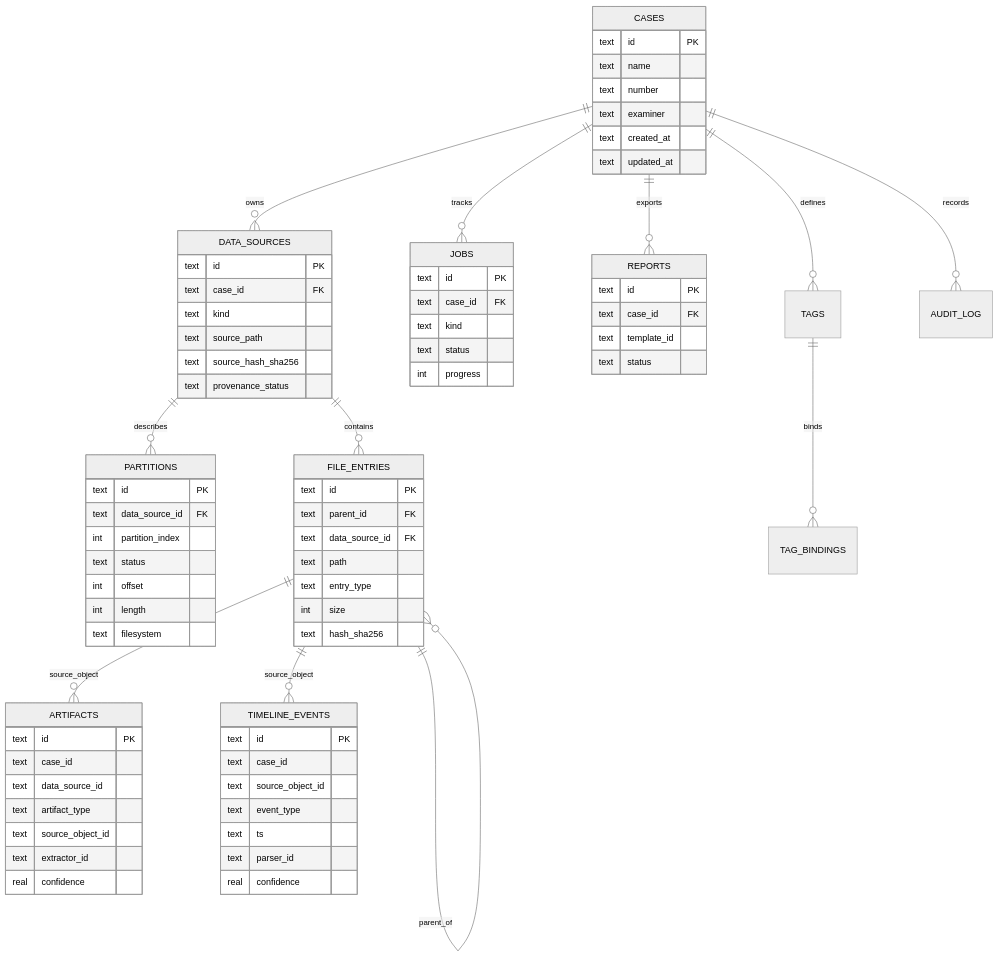
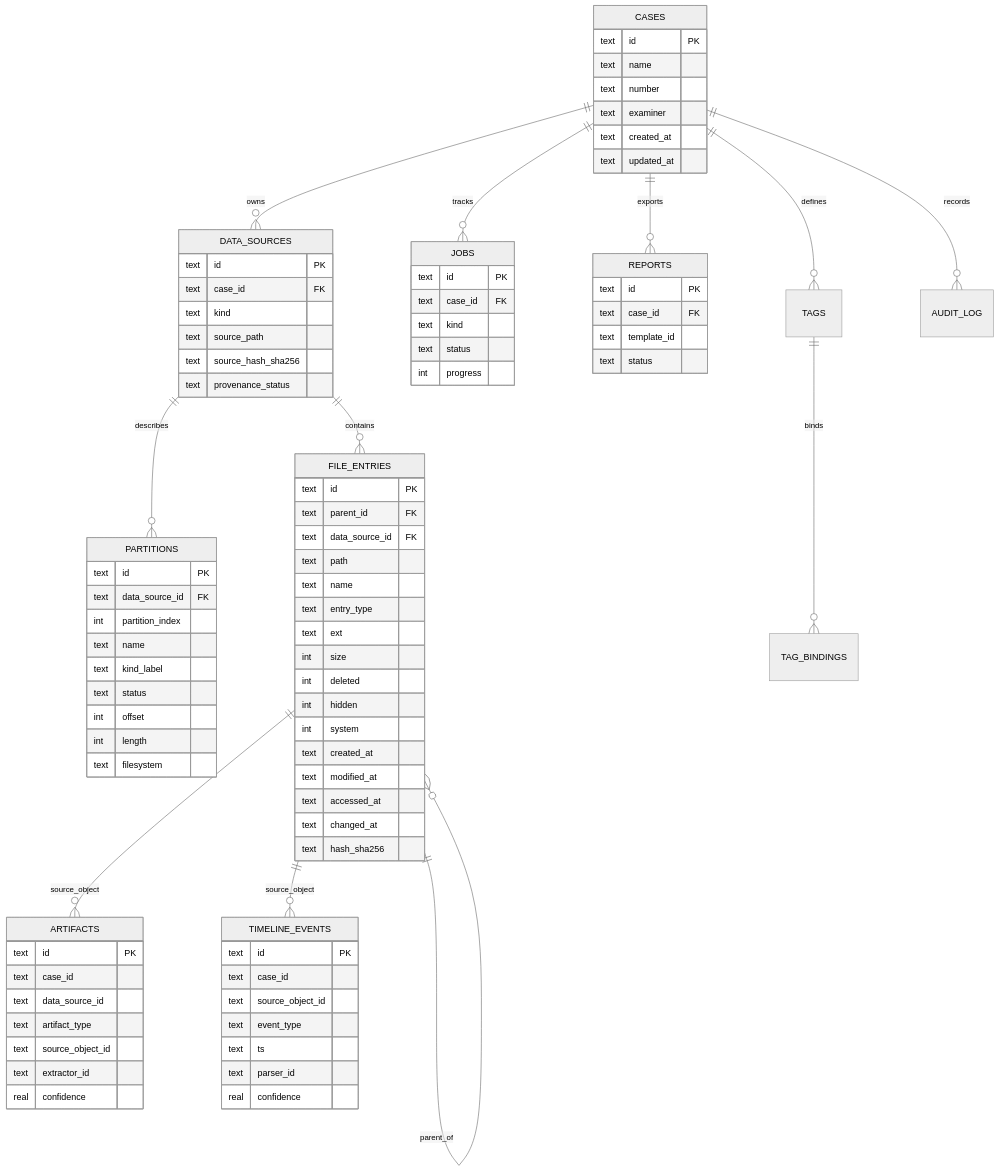
One commit to lQ-A-Ql/meow-detective changed the third of 14 diagrams in docs/model-architecture-algorithm-diagrams.md. Above: the diagram before and after it, drawn with Mermaid (neutral theme). The commit also changed other lines of this file and 70 other files, not shown here.

```diff
--- a/docs/model-architecture-algorithm-diagrams.md
+++ b/docs/model-architecture-algorithm-diagrams.md
@@ -142,6 +142,8 @@
     text id PK
     text data_source_id FK
     int partition_index
+    text name
+    text kind_label
     text status
     int offset
     int length
@@ -153,8 +155,17 @@
     text parent_id FK
     text data_source_id FK
     text path
+    text name
     text entry_type
+    text ext
     int size
+    int deleted
+    int hidden
+    int system
+    text created_at
+    text modified_at
+    text accessed_at
+    text changed_at
     text hash_sha256
   }
 
```
